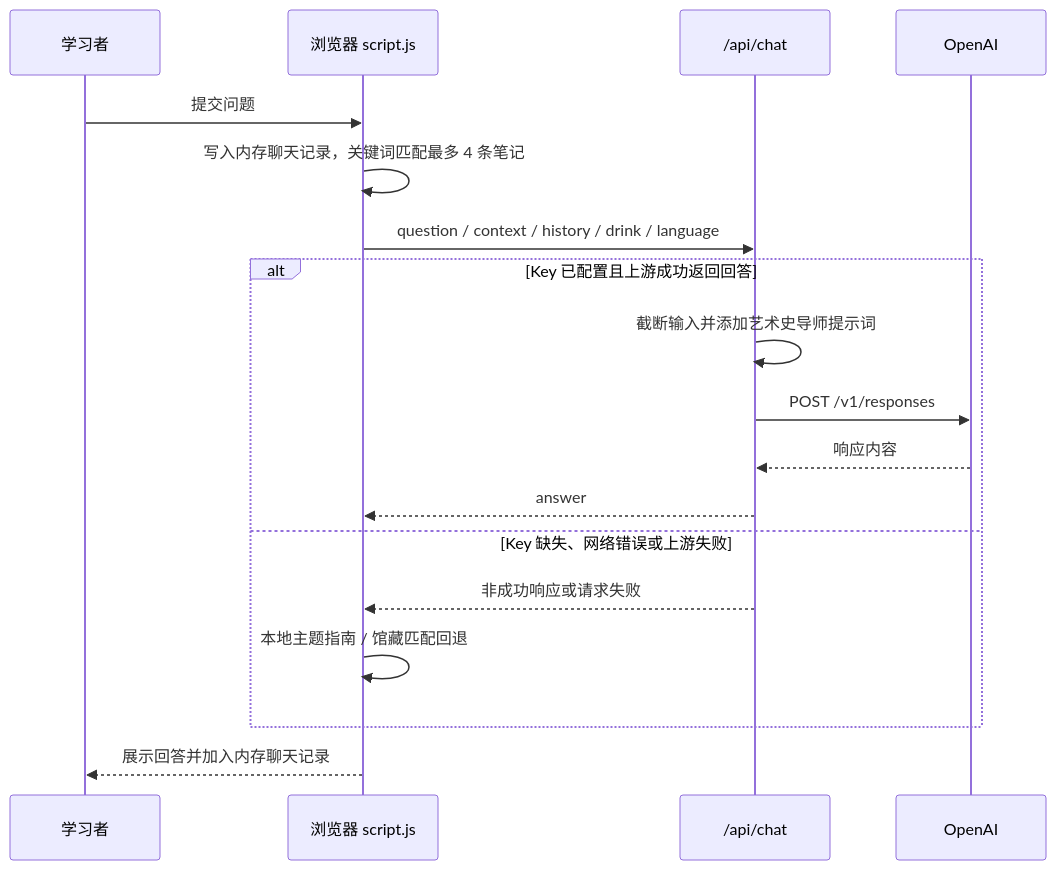
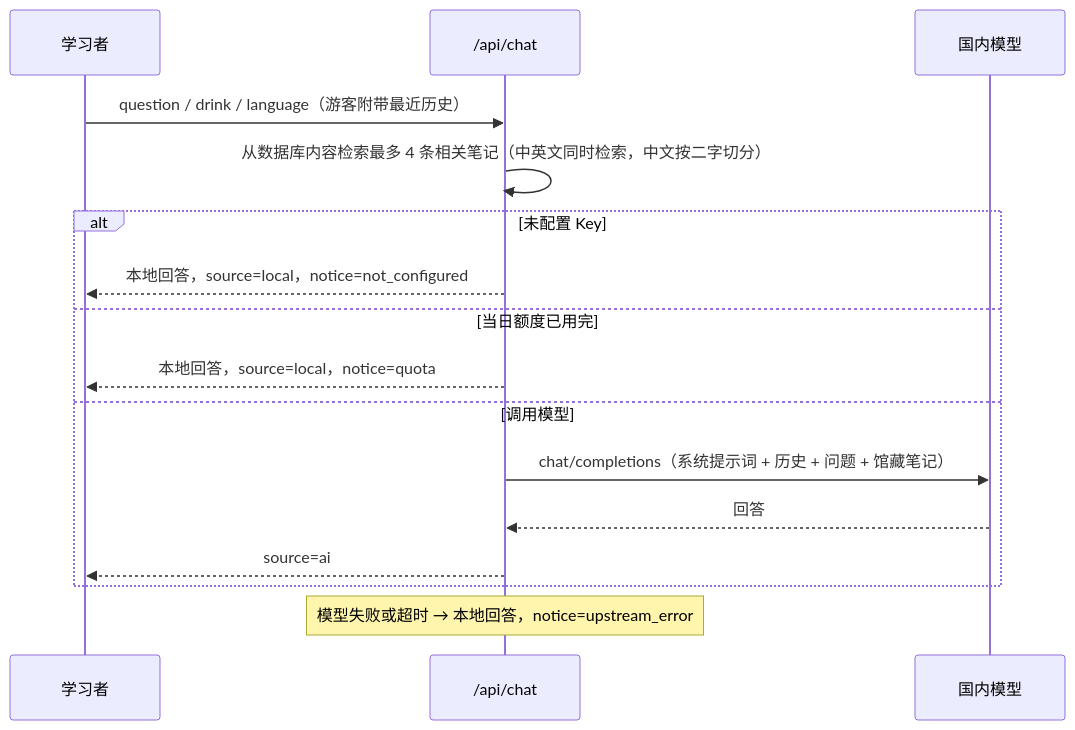
Before and after one commit to LLM-X-Factorer/joyce-art-app: the second of 2 diagrams in docs/ARCHITECTURE.md, drawn with Mermaid. The commit also changed other lines of this file and 291 other files, not shown here.

````diff
--- a/docs/ARCHITECTURE.md
+++ b/docs/ARCHITECTURE.md
@@ -84,20 +83,18 @@
 ```mermaid
 sequenceDiagram
     participant U as 学习者
-    participant B as 浏览器 script.js
     participant S as /api/chat
-    participant O as OpenAI
-    U->>B: 提交问题
-    B->>B: 写入内存聊天记录，关键词匹配最多 4 条笔记
-    B->>S: question / context / history / drink / language
-    alt Key 已配置且上游成功返回回答
-        S->>S: 截断输入并添加艺术史导师提示词
-        S->>O: POST /v1/responses
-        O-->>S: 响应内容
-        S-->>B: answer
-    else Key 缺失、网络错误或上游失败
-        S-->>B: 非成功响应或请求失败
-        B->>B: 本地主题指南 / 馆藏匹配回退
+    participant O as 国内模型
+    U->>S: question / drink / language（游客附带最近历史）
+    S->>S: 从数据库内容检索最多 4 条相关笔记（中英文同时检索，中文按二字切分）
+    alt 未配置 Key
+        S-->>U: 本地回答，source=local，notice=not_configured
+    else 当日额度已用完
+        S-->>U: 本地回答，source=local，notice=quota
+    else 调用模型
+        S->>O: chat/completions（系统提示词 + 历史 + 问题 + 馆藏笔记）
+        O-->>S: 回答
+        S-->>U: source=ai
     end
-    B-->>U: 展示回答并加入内存聊天记录
+    Note over S: 模型失败或超时 → 本地回答，notice=upstream_error
 ```
````
